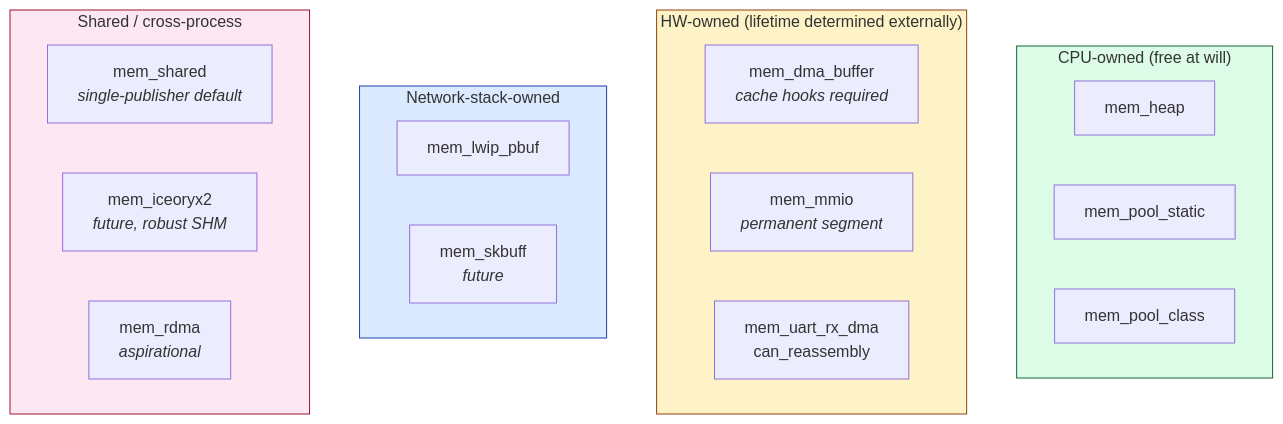
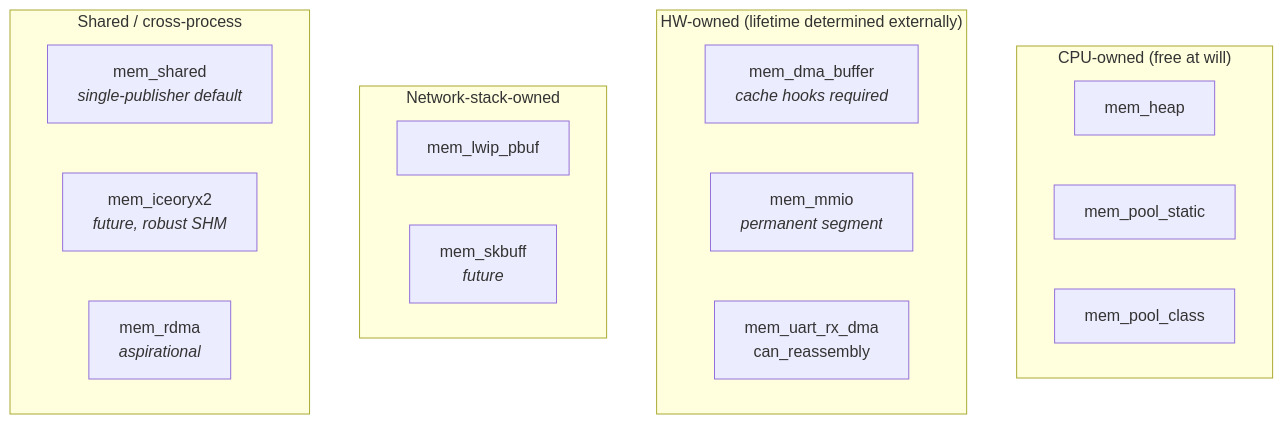
One commit to avatarsd-llc/libtracer changed the diagram in docs/reference/09-memory-substrate.md. Above: the diagram before and after it, drawn with Mermaid. The commit also changed 32 other files, not shown here.

First line of the commit message:
docs: every diagram on the shared vocabulary, with alt text (#2373)

````diff
--- a/docs/reference/09-memory-substrate.md
+++ b/docs/reference/09-memory-substrate.md
@@ -112,26 +112,24 @@
 ```mermaid
 flowchart TB
+    accTitle: Memory backends grouped by who owns the bytes
+    accDescr: CPU-owned, free at will: mem_heap, mem_pool_static, mem_pool_class. Hardware-owned, with an external lifetime: mem_dma_buffer (cache hooks required), mem_mmio (a permanent segment), mem_uart_rx_dma and can_reassembly. Network-stack-owned: mem_lwip_pbuf and a future mem_skbuff. Shared or cross-process: mem_shared (single publisher by default), a future mem_iceoryx2 and an aspirational mem_rdma.
     subgraph CPU_OWNED["CPU-owned (free at will)"]
         A1[mem_heap]
         A2[mem_pool_static]
         A3[mem_pool_class]
     end
     subgraph HW_OWNED["HW-owned (lifetime determined externally)"]
         B1[mem_dma_buffer<br/><i>cache hooks required</i>]
         B2[mem_mmio<br/><i>permanent segment</i>]
         B3[mem_uart_rx_dma<br/>can_reassembly]
     end
     subgraph STACK_OWNED["Network-stack-owned"]
         C1[mem_lwip_pbuf]
         C2[mem_skbuff<br/><i>future</i>]
     end
     subgraph SHARED["Shared / cross-process"]
         D1[mem_shared<br/><i>single-publisher default</i>]
         D2[mem_iceoryx2<br/><i>future, robust SHM</i>]
         D3[mem_rdma<br/><i>aspirational</i>]
     end
-    style CPU_OWNED fill:#dcfce7,stroke:#166534
-    style HW_OWNED fill:#fef3c7,stroke:#92400e
-    style STACK_OWNED fill:#dbeafe,stroke:#1e40af
-    style SHARED fill:#fce7f3,stroke:#9f1239
 ```
````
